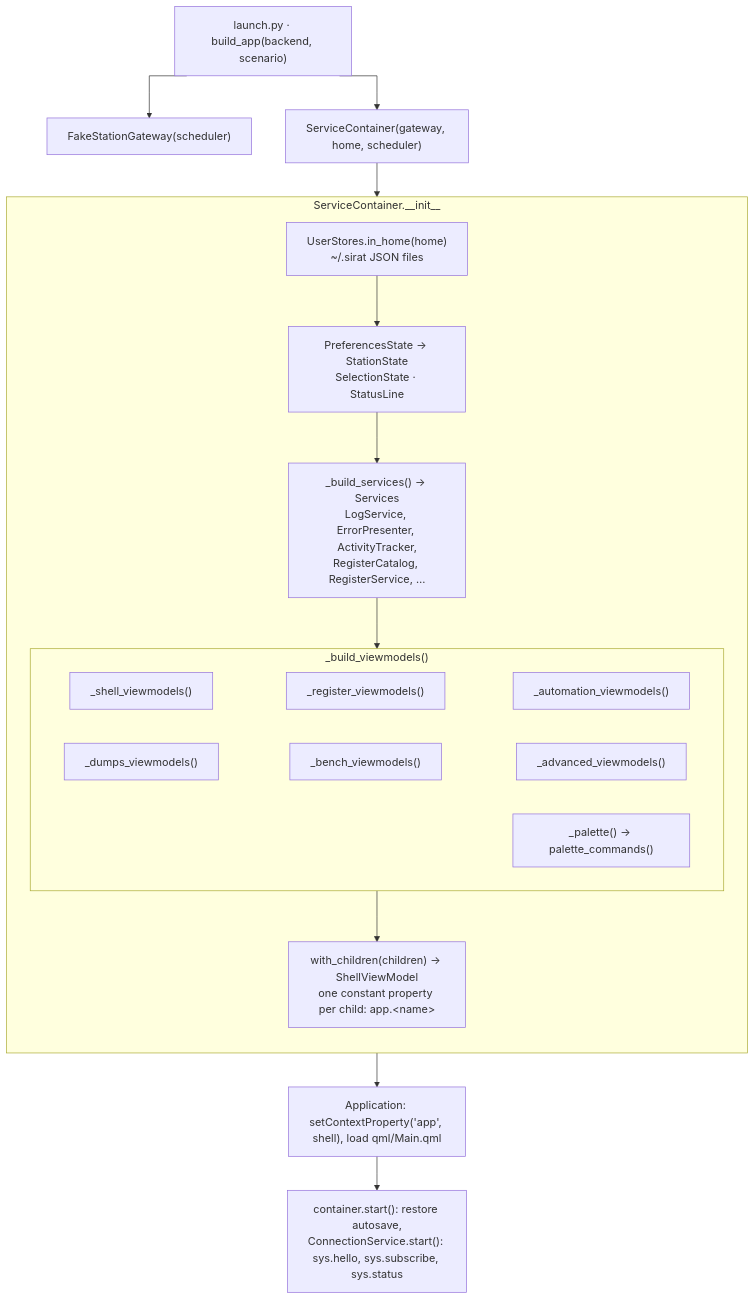
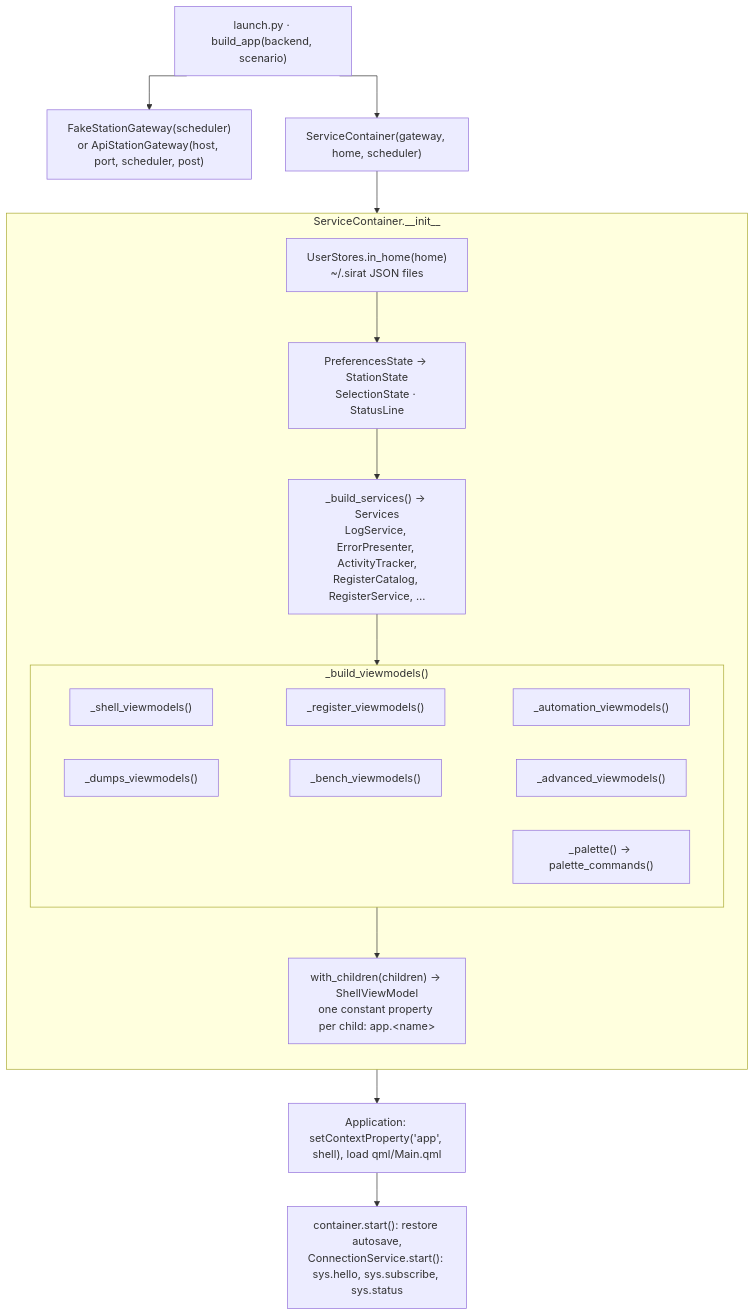
Before and after one commit to ShoyonK/sample_ui: the third of 30 diagrams in docs/ARCHITECTURE.md, drawn with Mermaid. The commit also changed other lines of this file and 315 other files, not shown here.

First line of the commit message:
Move the Station API into shared packages and prepare the backend handover

````diff
--- a/docs/ARCHITECTURE.md
+++ b/docs/ARCHITECTURE.md
@@ -99,23 +99,23 @@
 ```mermaid
 %%{init: {"flowchart": {"curve": "stepAfter"}}}%%
 flowchart TB
-    launch["launch.py · build_app(backend, scenario)"] --> gw["FakeStationGateway(scheduler)"]
+    launch["launch.py · build_app(backend, scenario)"] --> gw["FakeStationGateway(scheduler)<br/>or ApiStationGateway(host, port, scheduler, post)"]
     launch --> container["ServiceContainer(gateway, home, scheduler)"]
     subgraph init["ServiceContainer.__init__"]
         direction TB
         stores["UserStores.in_home(home)<br/>~/.sirat JSON files"]
         st["PreferencesState → StationState<br/>SelectionState · StatusLine"]
         services["_build_services() → Services<br/>LogService, ErrorPresenter, ActivityTracker,<br/>RegisterCatalog, RegisterService, …"]
         subgraph vms["_build_viewmodels()"]
             direction LR
             a1["_shell_viewmodels()"] ~~~ a2["_register_viewmodels()"] ~~~ a3["_automation_viewmodels()"]
             a4["_dumps_viewmodels()"] ~~~ a5["_bench_viewmodels()"] ~~~ a6["_advanced_viewmodels()"]
             pal["_palette() → palette_commands()"]
         end
         shell["with_children(children) → ShellViewModel<br/>one constant property per child: app.&lt;name&gt;"]
         stores --> st --> services --> vms --> shell
     end
     container --> init
     shell --> app["Application: setContextProperty('app', shell), load qml/Main.qml"]
     app --> start["container.start(): restore autosave,<br/>ConnectionService.start(): sys.hello, sys.subscribe, sys.status"]
 ```
````
